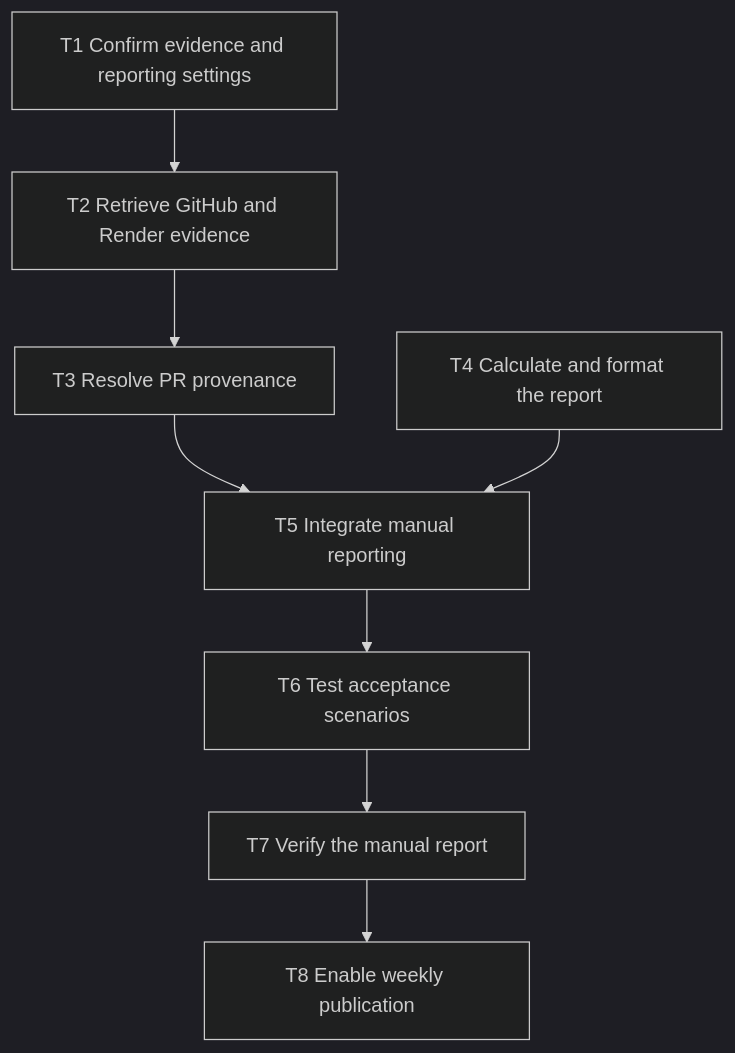
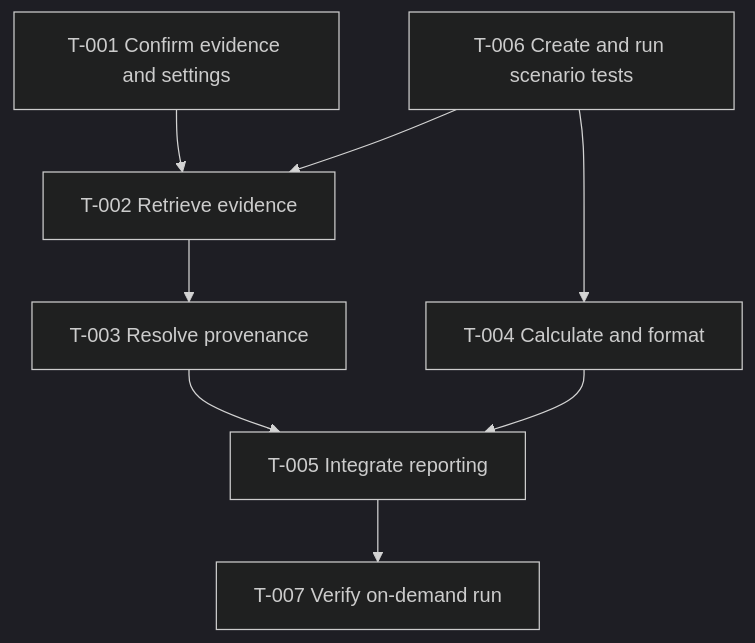
The diagram in specs/devops/dora-change-lead-time/tasks.md (b-chua-student/theseus), drawn with Mermaid (dark theme) before and after one commit. The commit also changed other lines of this file and 2 other files, not shown here.

Commit message:
docs: update spec files
- Update the DORA change lead time specs for manual-only reporting, with
ticket traceability and Gherkin-based verification tasks.

````diff
--- a/specs/devops/dora-change-lead-time/tasks.md
+++ b/specs/devops/dora-change-lead-time/tasks.md
@@ -7,18 +5,17 @@
 ```mermaid
 flowchart TD
-    T1["T1 Confirm evidence and reporting settings"]
-    T2["T2 Retrieve GitHub and Render evidence"]
-    T3["T3 Resolve PR provenance"]
-    T4["T4 Calculate and format the report"]
-    T5["T5 Integrate manual reporting"]
-    T6["T6 Test acceptance scenarios"]
-    T7["T7 Verify the manual report"]
-    T8["T8 Enable weekly publication"]
-    T1 --> T2
-    T2 --> T3
-    T3 --> T5
-    T4 --> T5
-    T5 --> T6
-    T6 --> T7
-    T7 --> T8
+    T001["T-001 Confirm evidence and settings"]
+    T002["T-002 Retrieve evidence"]
+    T003["T-003 Resolve provenance"]
+    T004["T-004 Calculate and format"]
+    T005["T-005 Integrate reporting"]
+    T006["T-006 Create and run scenario tests"]
+    T007["T-007 Verify on-demand run"]
+    T001 --> T002
+    T006 --> T002
+    T002 --> T003
+    T006 --> T004
+    T003 --> T005
+    T004 --> T005
+    T005 --> T007
 ```
````
